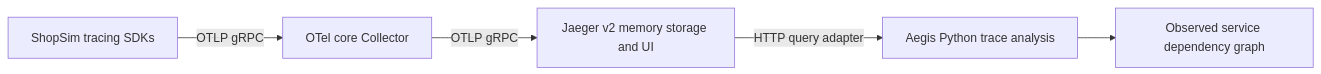
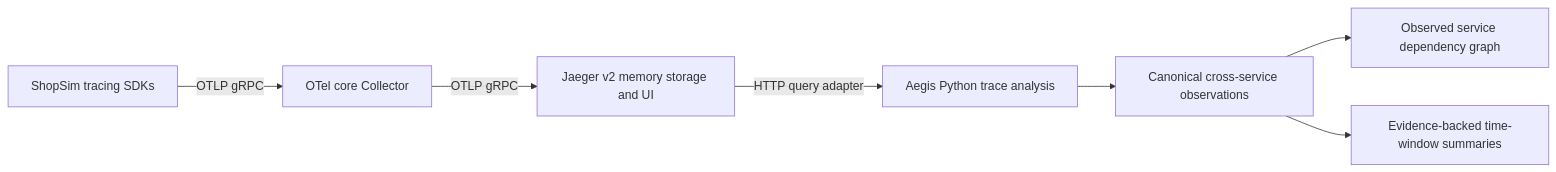
One commit to OzielSauceda/aegis-resilience-platform changed the second of 3 diagrams in docs/architecture/architecture-v0.md. Above: the diagram before and after it, drawn with Mermaid. The commit also changed other lines of this file and 13 other files, not shown here.

Commit message:
Add evidence-backed time-window summaries

````diff
--- a/docs/architecture/architecture-v0.md
+++ b/docs/architecture/architecture-v0.md
@@ -36,7 +36,9 @@
 ```mermaid
 flowchart LR
     ShopSim[ShopSim tracing SDKs] -->|OTLP gRPC| Collector[OTel core Collector]
     Collector -->|OTLP gRPC| Jaeger[Jaeger v2 memory storage and UI]
     Jaeger -->|HTTP query adapter| Analysis[Aegis Python trace analysis]
-    Analysis --> Graph[Observed service dependency graph]
+    Analysis --> Observations[Canonical cross-service observations]
+    Observations --> Graph[Observed service dependency graph]
+    Observations --> Evidence[Evidence-backed time-window summaries]
 ```
````
